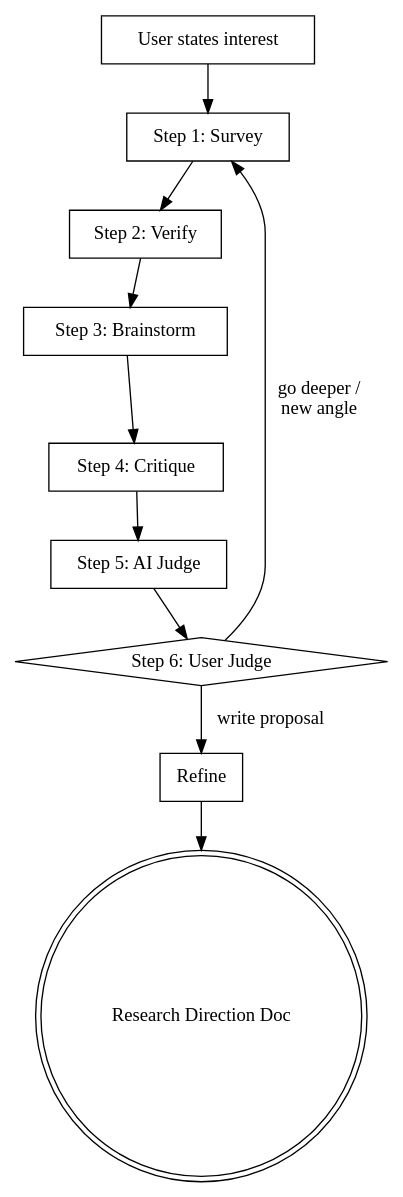
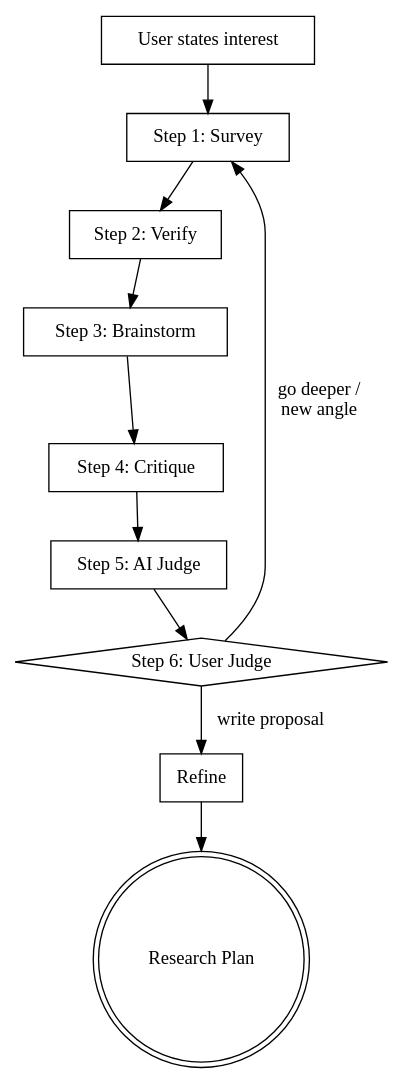
The second of 2 diagrams in skills/sci-brainstorm/SKILL.md (QuantumBFS/sci-brain), drawn with Graphviz before and after one commit. The commit also changed other lines of this file and 4 other files, not shown here.

````diff
--- a/skills/sci-brainstorm/SKILL.md
+++ b/skills/sci-brainstorm/SKILL.md
@@ -47,23 +45,23 @@
 ```dot
 digraph sci_brainstorm {
     "User states interest" [shape=box];
     "Step 1: Survey" [shape=box];
     "Step 2: Verify" [shape=box];
     "Step 3: Brainstorm" [shape=box];
     "Step 4: Critique" [shape=box];
     "Step 5: AI Judge" [shape=box];
     "Step 6: User Judge" [shape=diamond];
     "Refine" [shape=box];
-    "Research Direction Doc" [shape=doublecircle];
+    "Research Plan" [shape=doublecircle];
 
     "User states interest" -> "Step 1: Survey";
     "Step 1: Survey" -> "Step 2: Verify";
     "Step 2: Verify" -> "Step 3: Brainstorm";
     "Step 3: Brainstorm" -> "Step 4: Critique";
     "Step 4: Critique" -> "Step 5: AI Judge";
     "Step 5: AI Judge" -> "Step 6: User Judge";
     "Step 6: User Judge" -> "Step 1: Survey" [label="go deeper /\nnew angle"];
     "Step 6: User Judge" -> "Refine" [label="write proposal"];
-    "Refine" -> "Research Direction Doc";
+    "Refine" -> "Research Plan";
 }
 ```
````
